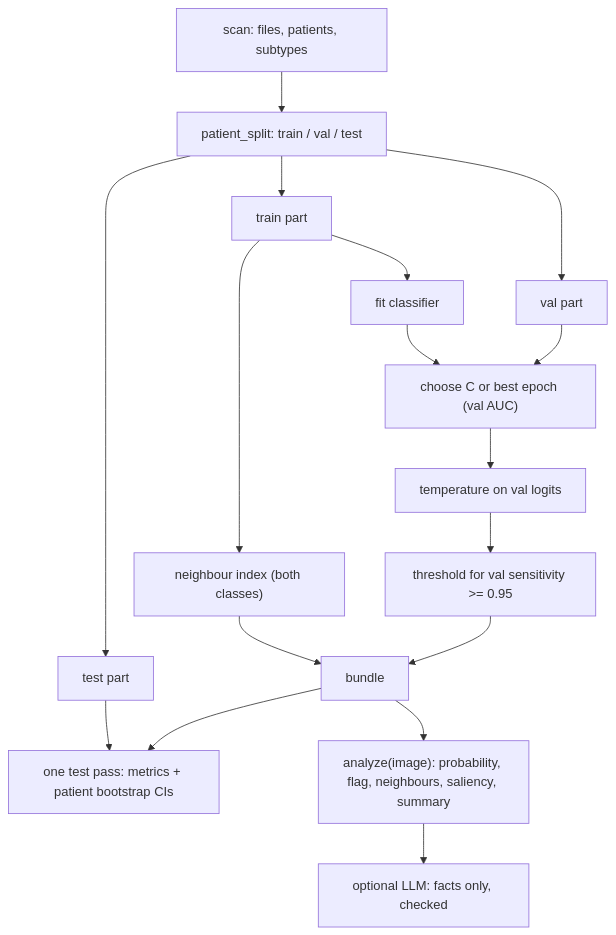
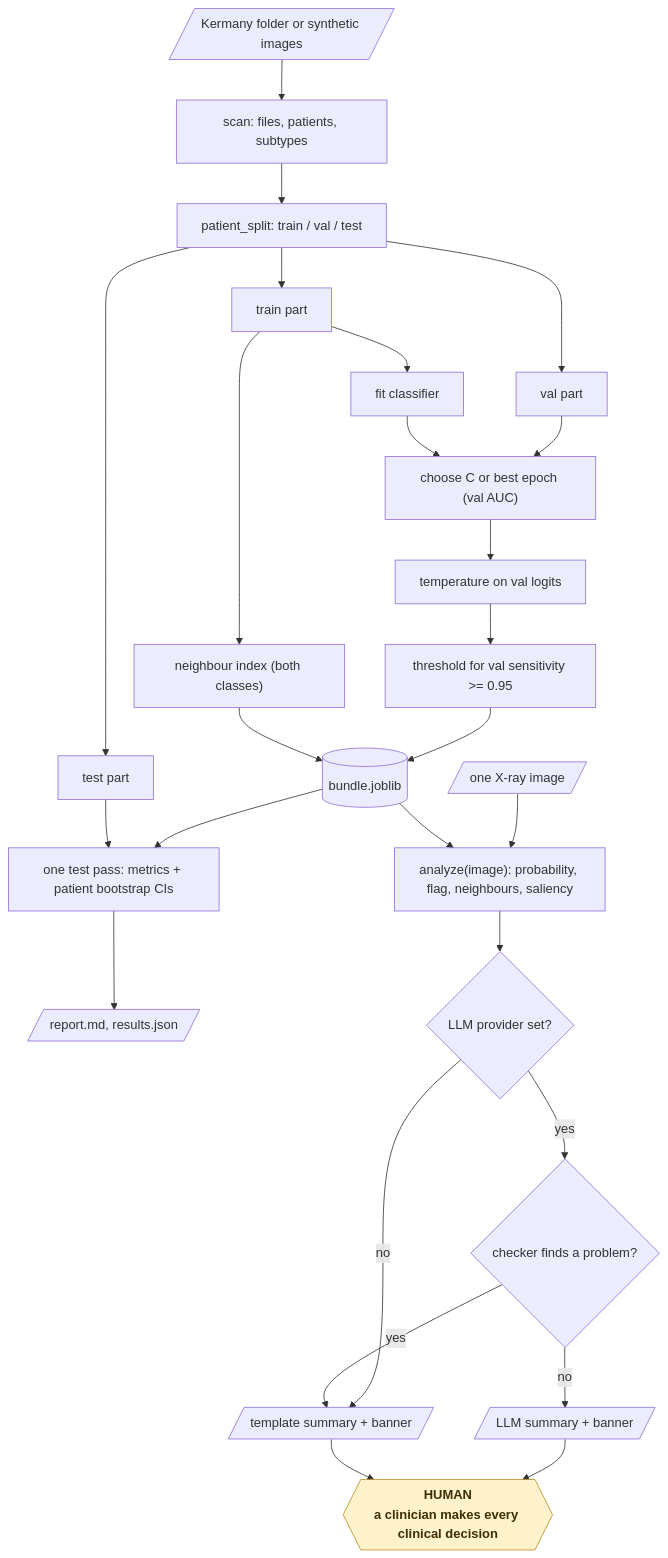
The fifth of 18 diagrams in README.md (KrishnaAnnavaram/pneumovit-explain), drawn with Mermaid before and after one commit. The commit also changed other lines of this file, not shown here.

Commit message:
Add the workflow diagrams to the README

````diff
--- a/README.md
+++ b/README.md
@@ -197,19 +264,31 @@
 ```mermaid
-flowchart TB
-    SCAN["scan: files, patients, subtypes"] --> SPL["patient_split: train / val / test"]
+flowchart TD
+    SRC[/"Kermany folder or synthetic images"/] --> SCAN["scan: files, patients, subtypes"]
+    SCAN --> SPL["patient_split: train / val / test"]
     SPL --> TR["train part"]
     SPL --> VA["val part"]
     SPL --> TE["test part"]
     TR --> FIT["fit classifier"]
     VA --> SEL["choose C or best epoch (val AUC)"]
     FIT --> SEL
     SEL --> CAL["temperature on val logits"]
     CAL --> THR["threshold for val sensitivity >= 0.95"]
     TR --> IDX["neighbour index (both classes)"]
-    THR --> BUN["bundle"]
+    THR --> BUN[("bundle.joblib")]
     IDX --> BUN
     BUN --> EVAL["one test pass: metrics + patient bootstrap CIs"]
     TE --> EVAL
-    BUN --> AN["analyze(image): probability, flag, neighbours, saliency, summary"]
-    AN --> LLM["optional LLM: facts only, checked"]
+    EVAL --> REP[/"report.md, results.json"/]
+    IMG[/"one X-ray image"/] --> AN["analyze(image): probability, flag, neighbours, saliency"]
+    BUN --> AN
+    AN --> LLM{"LLM provider set?"}
+    LLM -- "no" --> TPL[/"template summary + banner"/]
+    LLM -- "yes" --> CHK{"checker finds a problem?"}
+    CHK -- "yes" --> TPL
+    CHK -- "no" --> SUM[/"LLM summary + banner"/]
+    SUM --> HUMAN{{"HUMAN<br/>a clinician makes every clinical decision"}}
+    TPL --> HUMAN
+
+    classDef human fill:#fff3cd,stroke:#b8901f,color:#3d2f00,font-weight:bold
+    class HUMAN human
 ```
````
